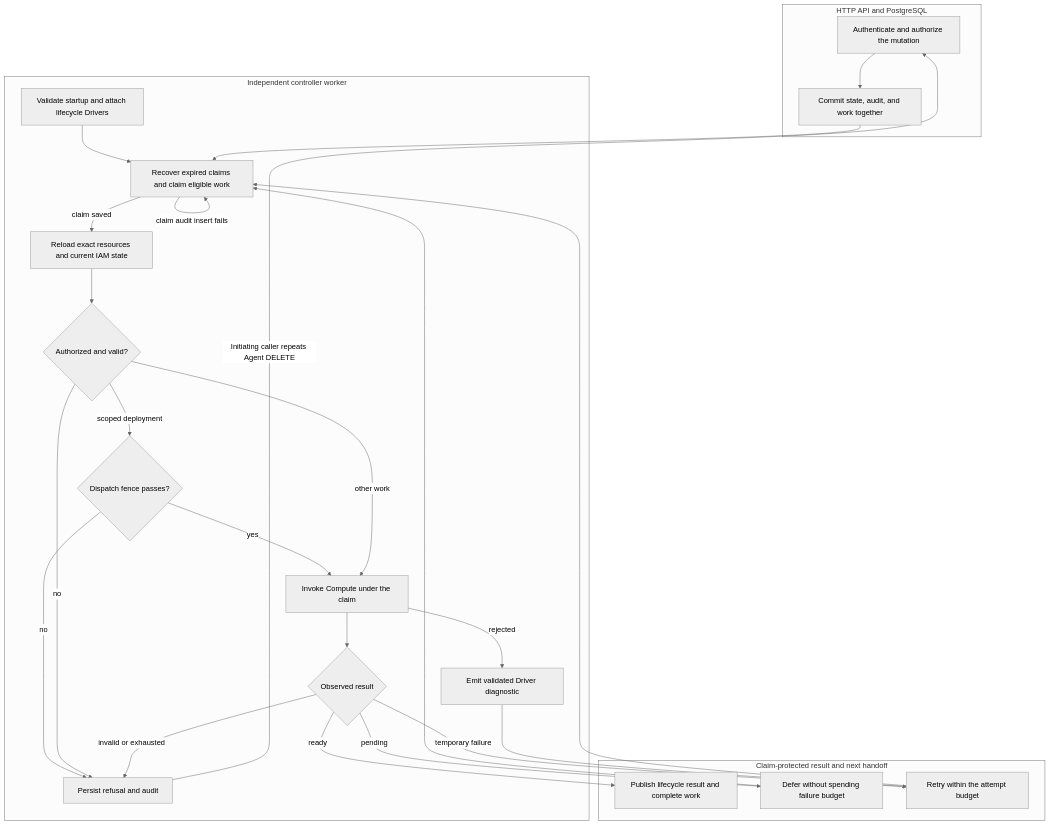
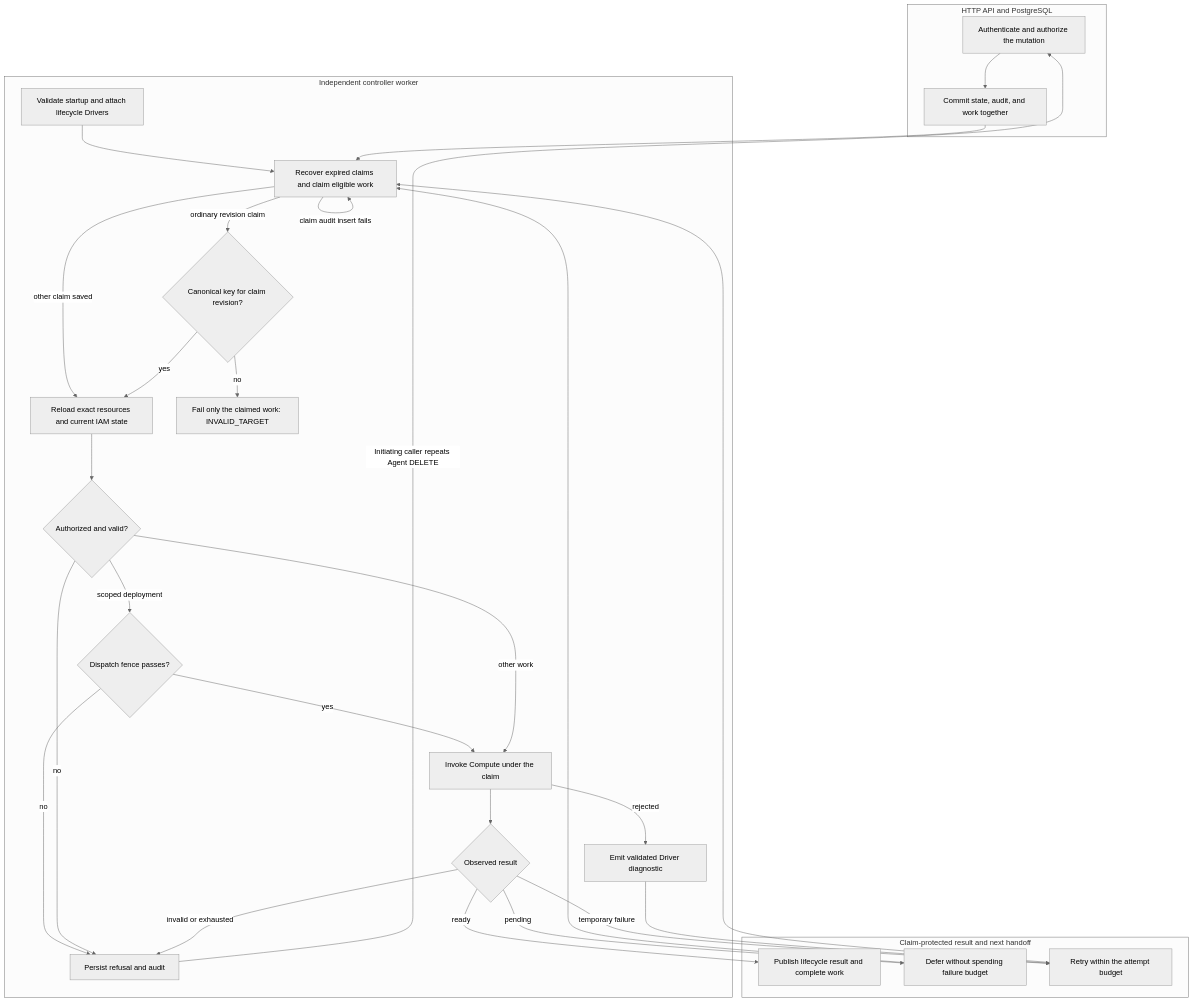
Before and after one commit to openclaw/openclaw-enterprise: the diagram in docs/flows/controller-worker.md, drawn with Mermaid (neutral theme). The commit also changed other lines of this file and 4 other files, not shown here.

First line of the commit message:
fix: validate deployment work revision keys

````diff
--- a/docs/flows/controller-worker.md
+++ b/docs/flows/controller-worker.md
@@ -29,30 +29,33 @@
 ```mermaid
 graph TD
     subgraph Admission["HTTP API and PostgreSQL"]
         A["Authenticate and authorize the mutation"] --> B["Commit state, audit, and work together"]
     end
     subgraph Worker["Independent controller worker"]
         C["Validate startup and attach lifecycle Drivers"] --> D["Recover expired claims and claim eligible work"]
         B --> D
-        D -->|claim saved| E["Reload exact resources and current IAM state"]
+        D -->|ordinary revision claim| V{"Canonical key for claim revision?"}
+        D -->|other claim saved| E["Reload exact resources and current IAM state"]
+        V -->|yes| E
+        V -->|no| W["Fail only the claimed work: INVALID_TARGET"]
         D -->|claim audit insert fails| D
         E --> F{"Authorized and valid?"}
         F -->|scoped deployment| S{"Dispatch fence passes?"}
         S -->|yes| G["Invoke Compute under the claim"]
         S -->|no| H["Persist refusal and audit"]
         F -->|other work| G
         F -->|no| H
         G --> I{"Observed result"}
         G -->|rejected| R["Emit validated Driver diagnostic"]
     end
     subgraph Outcome["Claim-protected result and next handoff"]
         I -->|ready| J["Publish lifecycle result and complete work"]
         I -->|pending| K["Defer without spending failure budget"]
         I -->|temporary failure| L["Retry within the attempt budget"]
         R --> L
         I -->|invalid or exhausted| H
         K --> D
         L --> D
         H -->|"Initiating caller repeats Agent DELETE"| A
     end
 ```
````
